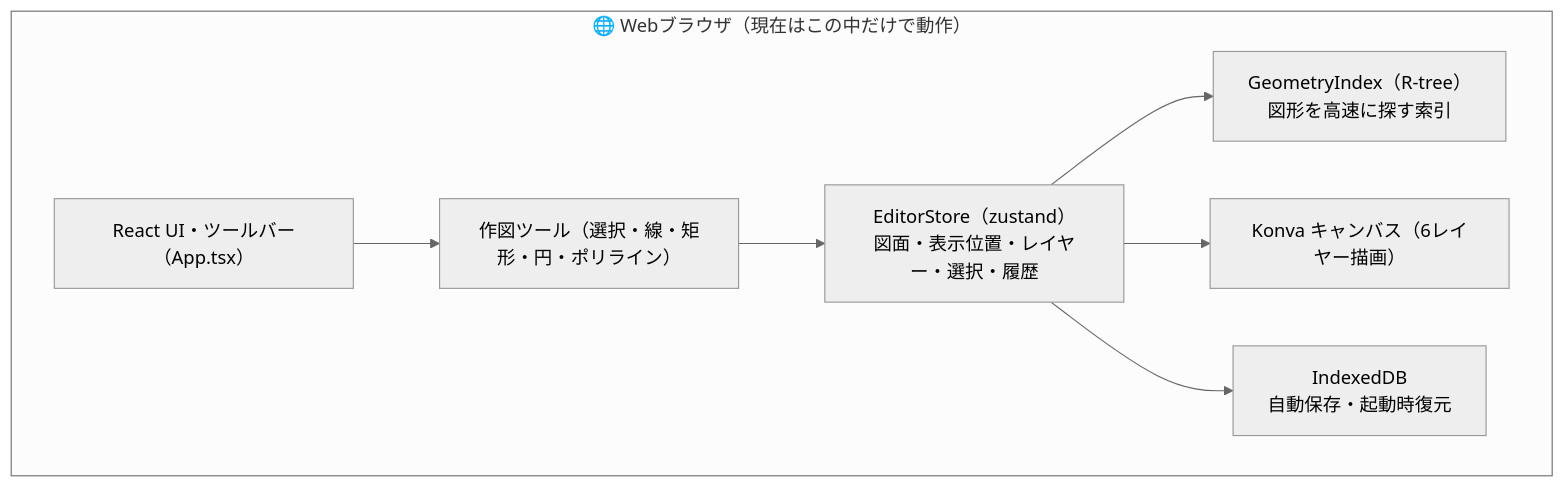
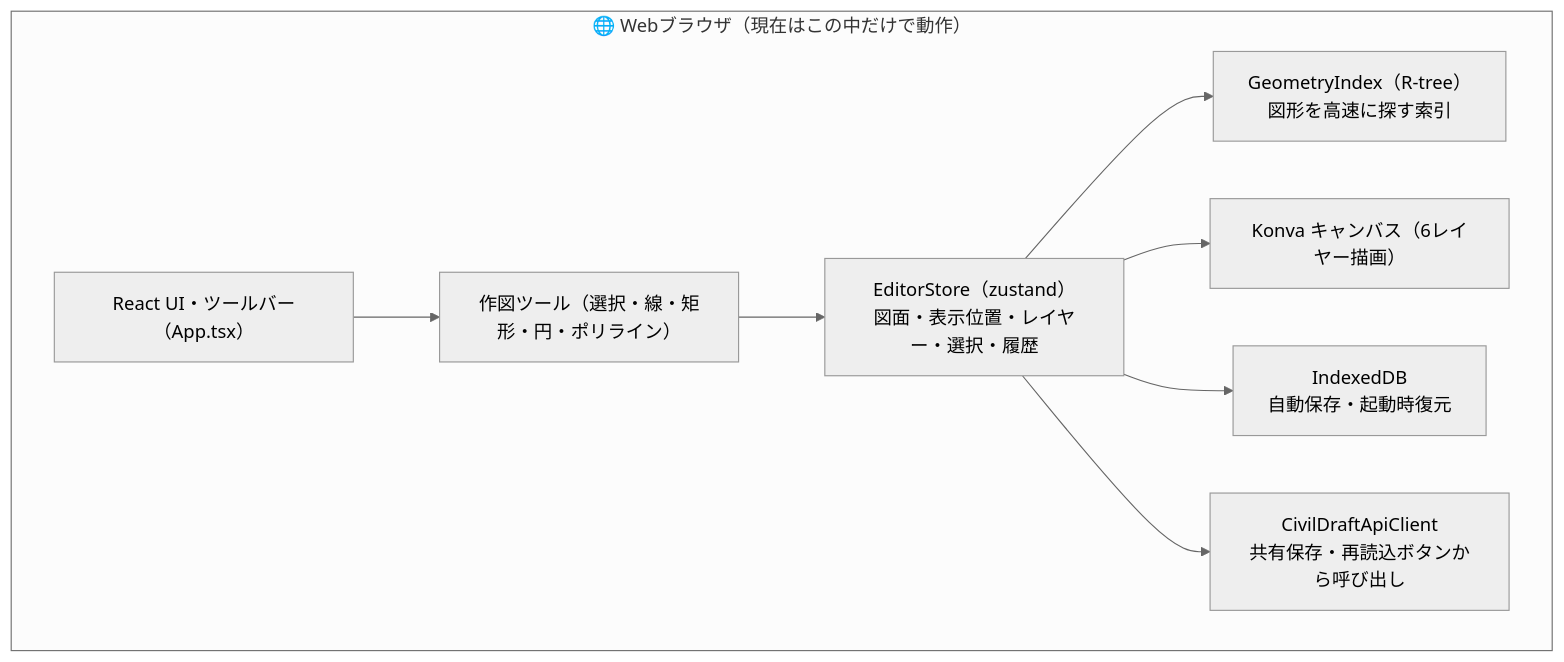
The second of 19 diagrams in README.md (Kensan196948G/CivilDraft-Web-CAD), drawn with Mermaid (neutral theme) before and after one commit. The commit also changed other lines of this file and 42 other files, not shown here.

````diff
--- a/README.md
+++ b/README.md
@@ -93,16 +108,18 @@
 ```mermaid
 graph TB
     subgraph BROWSER["🌐 Webブラウザ（現在はこの中だけで動作）"]
         UI["React UI・ツールバー（App.tsx）"]
         TOOLS["作図ツール（選択・線・矩形・円・ポリライン）"]
         STORE["EditorStore（zustand）<br>図面・表示位置・レイヤー・選択・履歴"]
+        API_CLIENT["CivilDraftApiClient<br>共有保存・再読込ボタンから呼び出し"]
         INDEX["GeometryIndex（R-tree）<br>図形を高速に探す索引"]
         KONVA["Konva キャンバス（6レイヤー描画）"]
         IDB["IndexedDB<br>自動保存・起動時復元"]
         UI --> TOOLS
         TOOLS --> STORE
         STORE --> INDEX
         STORE --> KONVA
         STORE --> IDB
+        STORE --> API_CLIENT
     end
 ```
````
